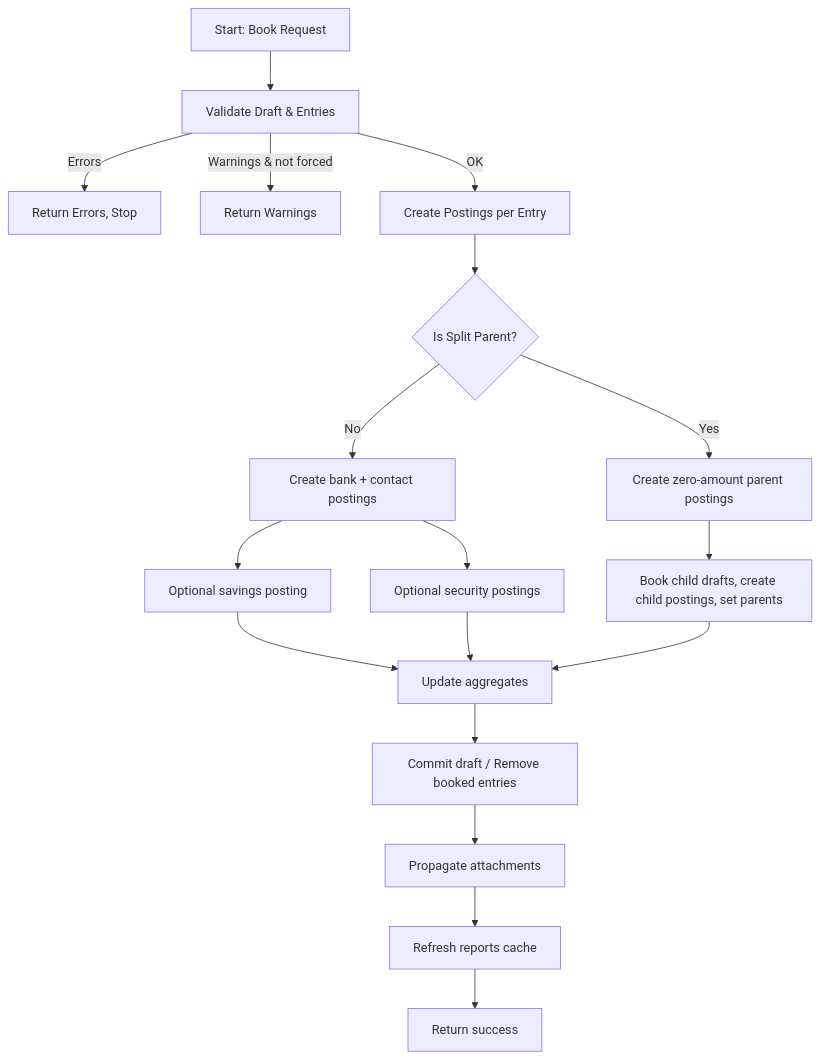
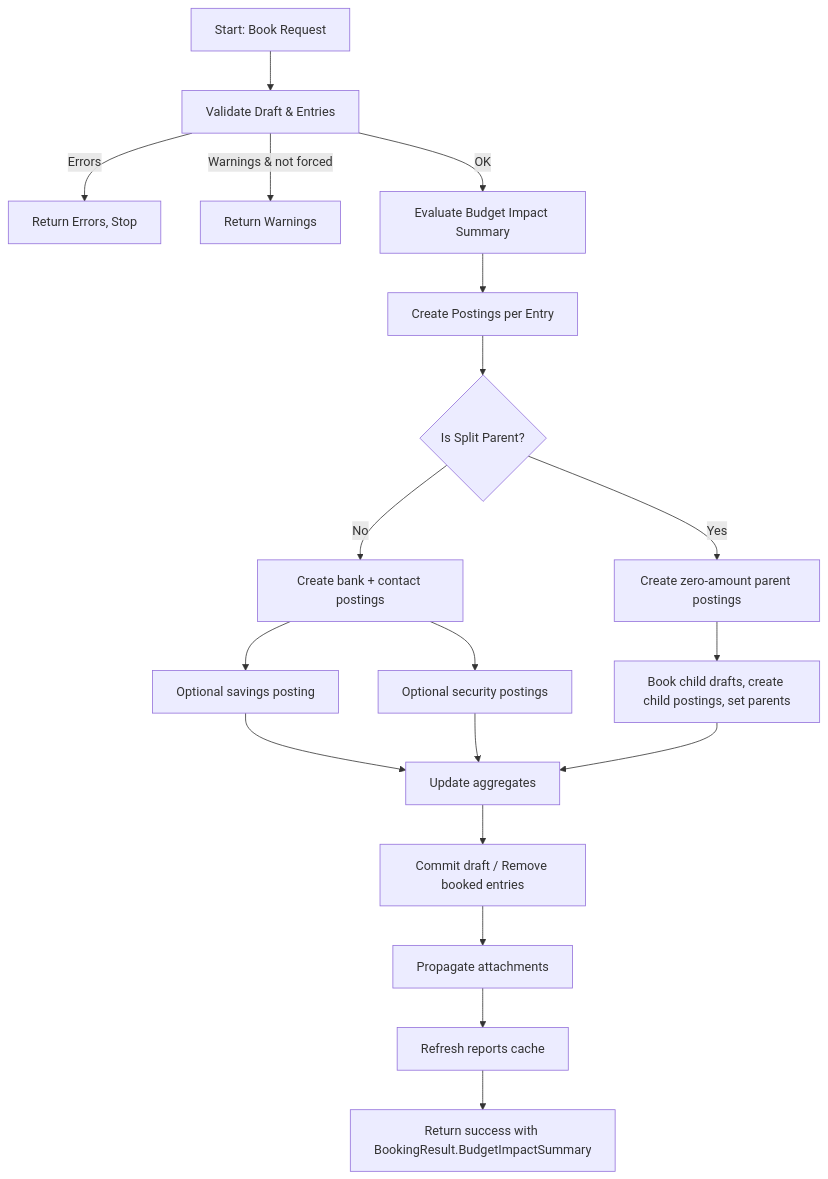
Before and after one commit to martin-stromberg/FinanceManager: the diagram in docs/flows/statement-draft-booking.md, drawn with Mermaid. The commit also changed other lines of this file and 47 other files, not shown here.

````diff
--- a/docs/flows/statement-draft-booking.md
+++ b/docs/flows/statement-draft-booking.md
@@ -7,20 +7,21 @@
 ```mermaid
 flowchart TD
   A[Start: Book Request] --> B[Validate Draft & Entries]
   B --> |Errors| C[Return Errors, Stop]
   B --> |Warnings & not forced| D[Return Warnings]
-  B --> |OK| E[Create Postings per Entry]
-  E --> F{Is Split Parent?}
-  F --> |Yes| G[Create zero-amount parent postings]
-  G --> H[Book child drafts, create child postings, set parents]
-  F --> |No| I[Create bank + contact postings]
-  I --> J[Optional savings posting]
-  I --> K[Optional security postings]
-  J --> L[Update aggregates]
-  K --> L
-  H --> L
-  L --> M[Commit draft / Remove booked entries]
-  M --> N[Propagate attachments]
-  N --> O[Refresh reports cache]
-  O --> P[Return success]
+  B --> |OK| E[Evaluate Budget Impact Summary]
+  E --> F[Create Postings per Entry]
+  F --> G{Is Split Parent?}
+  G --> |Yes| H[Create zero-amount parent postings]
+  H --> I[Book child drafts, create child postings, set parents]
+  G --> |No| J[Create bank + contact postings]
+  J --> K[Optional savings posting]
+  J --> L[Optional security postings]
+  K --> M[Update aggregates]
+  L --> M
+  I --> M
+  M --> N[Commit draft / Remove booked entries]
+  N --> O[Propagate attachments]
+  O --> P[Refresh reports cache]
+  P --> Q[Return success with BookingResult.BudgetImpactSummary]
 ```
````
